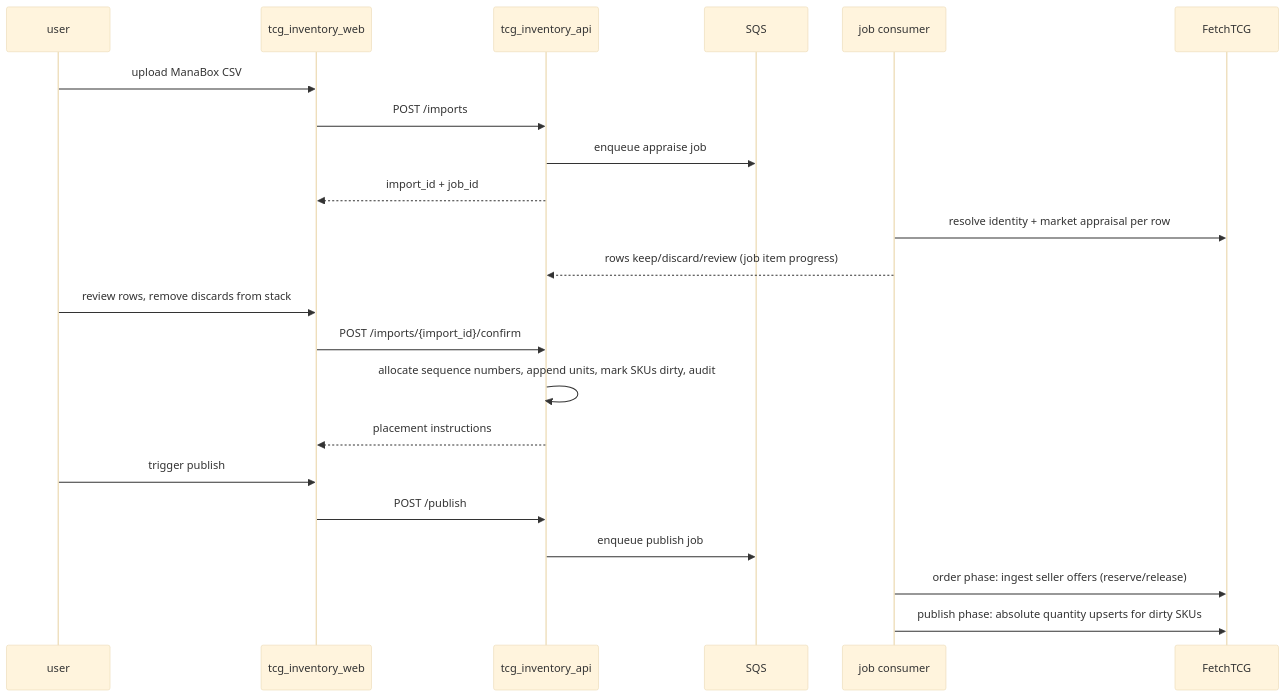
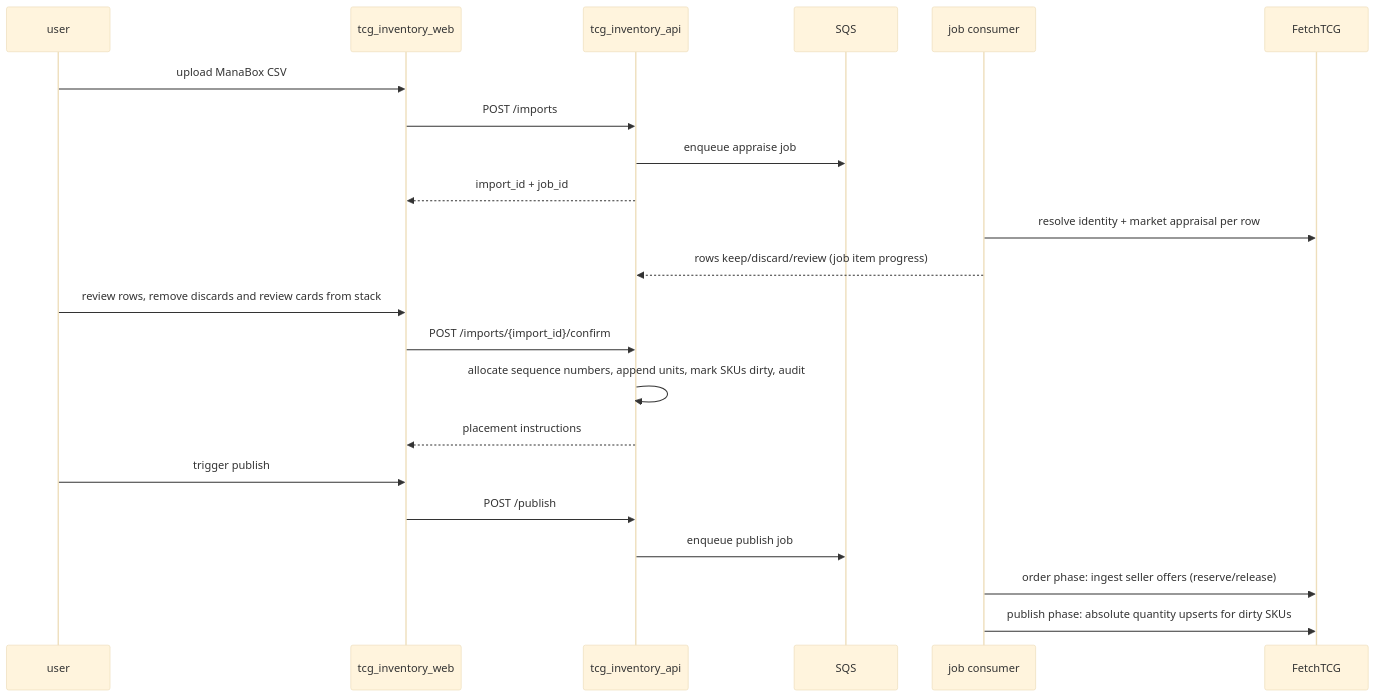
One commit to jordansimsmith/jordansimsmith-com changed the second of 2 diagrams in tcg_inventory_api/README.md. Above: the diagram before and after it, drawn with Mermaid (base theme). The commit also changed other lines of this file and 10 other files, not shown here.

Commit message:
Add import review and confirm flow

````diff
--- a/tcg_inventory_api/README.md
+++ b/tcg_inventory_api/README.md
@@ -65,25 +65,25 @@
 ```mermaid
 sequenceDiagram
   participant U as user
   participant W as tcg_inventory_web
   participant A as tcg_inventory_api
   participant Q as SQS
   participant J as job consumer
   participant F as FetchTCG
 
   U->>W: upload ManaBox CSV
   W->>A: POST /imports
   A->>Q: enqueue appraise job
   A-->>W: import_id + job_id
   J->>F: resolve identity + market appraisal per row
   J-->>A: rows keep/discard/review (job item progress)
-  U->>W: review rows, remove discards from stack
+  U->>W: review rows, remove discards and review cards from stack
   W->>A: POST /imports/{import_id}/confirm
   A->>A: allocate sequence numbers, append units, mark SKUs dirty, audit
   A-->>W: placement instructions
   U->>W: trigger publish
   W->>A: POST /publish
   A->>Q: enqueue publish job
   J->>F: order phase: ingest seller offers (reserve/release)
   J->>F: publish phase: absolute quantity upserts for dirty SKUs
 ```
````
